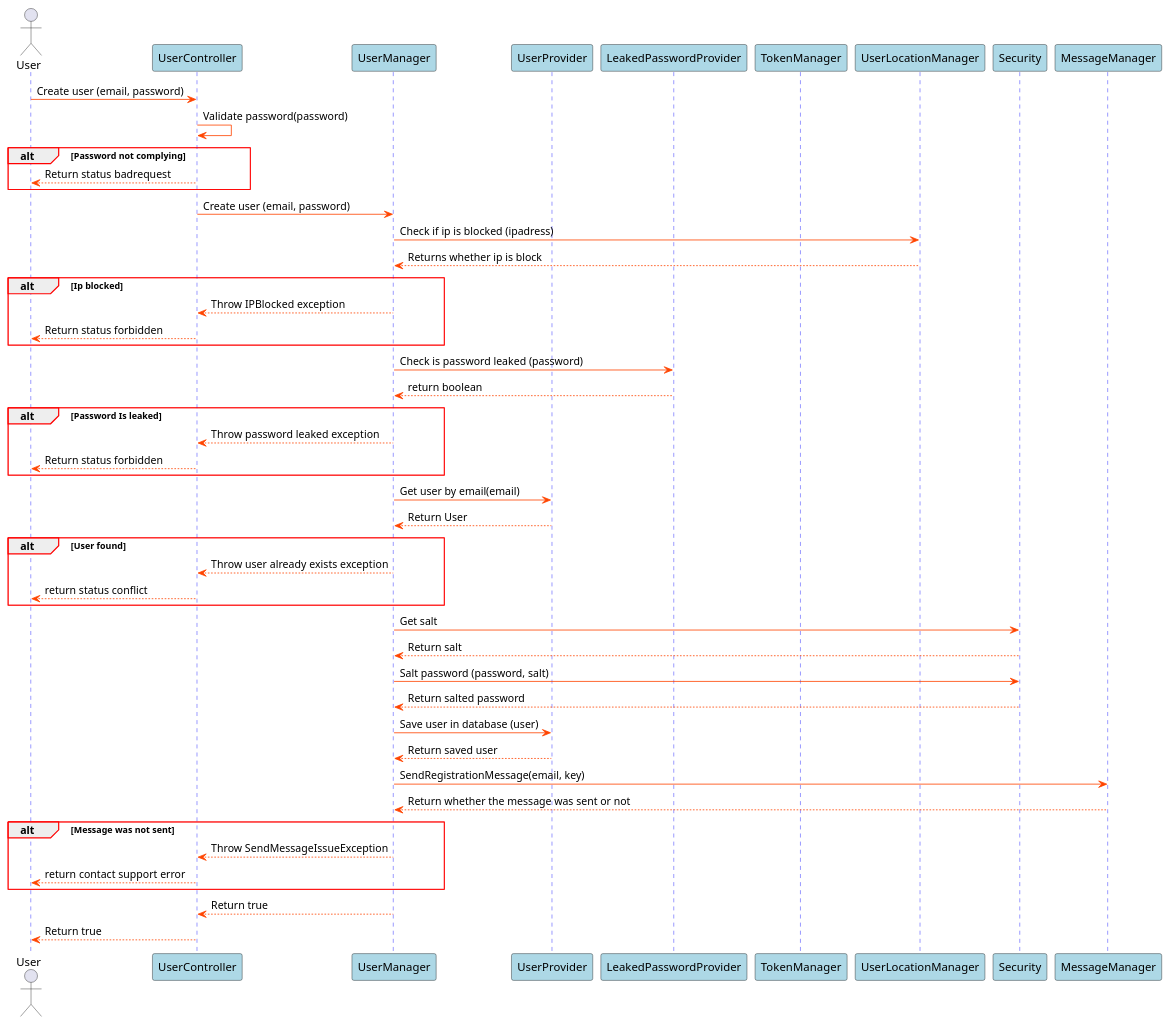
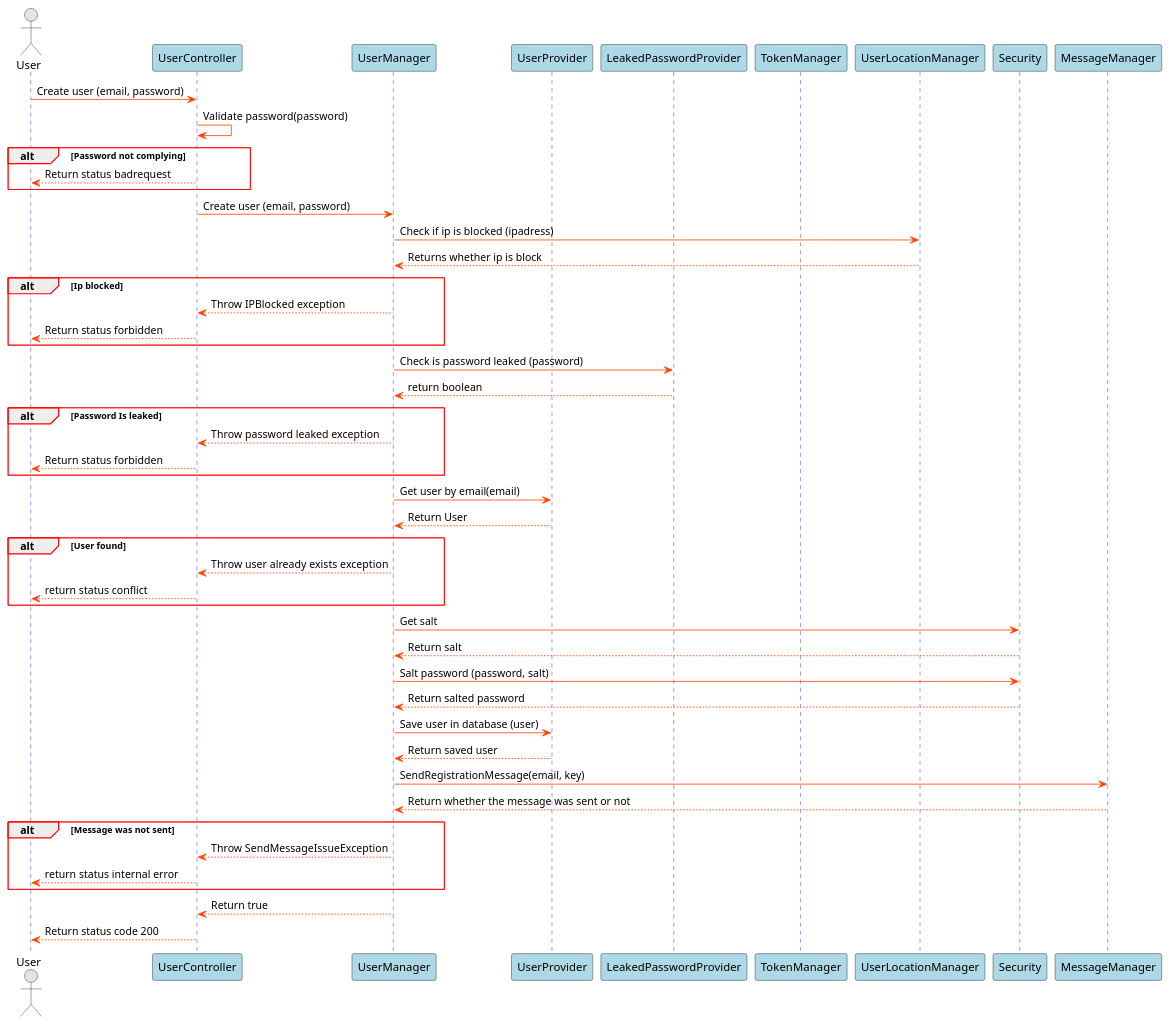
The diagram in Docs/SDDiagrams/CreateUserSD.plantuml (blackout1471/trust-us-school), drawn with PlantUML before and after one commit. The commit also changed 3 other files, not shown here.

Commit message:
Updated diagrams again

```diff
--- a/Docs/SDDiagrams/CreateUserSD.plantuml
+++ b/Docs/SDDiagrams/CreateUserSD.plantuml
@@ -1,81 +1,81 @@
 @startuml Create User SD
 
 skinparam sequence {
     GroupBorderColor red
     GroupBorderThickness 1
 
     ArrowColor orangered
 
     LifeLineBorderColor blue
 
     ParticipantBackgroundColor lightblue
 }
 
 actor User
 participant UserController
 participant UserManager
 participant UserProvider
 participant LeakedPasswordProvider
 participant TokenManager
 participant UserLocationManager
 participant Security
 participant MessageManager
 
 
 
 User->UserController: Create user (email, password)
 UserController->UserController: Validate password(password)
 
 alt Password not complying
 UserController-->User: Return status badrequest
 end
 
 UserController->UserManager: Create user (email, password)
 UserManager->UserLocationManager: Check if ip is blocked (ipadress)
 UserLocationManager-->UserManager: Returns whether ip is block
 
 alt Ip blocked
 UserManager-->UserController: Throw IPBlocked exception
 UserController-->User: Return status forbidden
 end
 
 
 UserManager->LeakedPasswordProvider: Check is password leaked (password)
 LeakedPasswordProvider-->UserManager: return boolean
 
 alt Password Is leaked
 UserManager-->UserController: Throw password leaked exception
 UserController-->User: Return status forbidden
 end
 
 UserManager->UserProvider: Get user by email(email)
 UserProvider-->UserManager: Return User
 
 alt User found
 
 UserManager-->UserController: Throw user already exists exception
 UserController-->User: return status conflict
 
 end
 
 
 UserManager->Security: Get salt
 Security-->UserManager: Return salt
 
 UserManager->Security: Salt password (password, salt)
 Security-->UserManager: Return salted password
 
 UserManager->UserProvider: Save user in database (user)
 UserProvider-->UserManager: Return saved user
 
 UserManager->MessageManager: SendRegistrationMessage(email, key)
 MessageManager-->UserManager: Return whether the message was sent or not
 alt Message was not sent
 UserManager --> UserController: Throw SendMessageIssueException
-UserController --> User: return contact support error
+UserController --> User: return status internal error
 
 end
 UserManager-->UserController: Return true
-UserController-->User: Return true
+UserController-->User: Return status code 200
 
 @enduml
```
